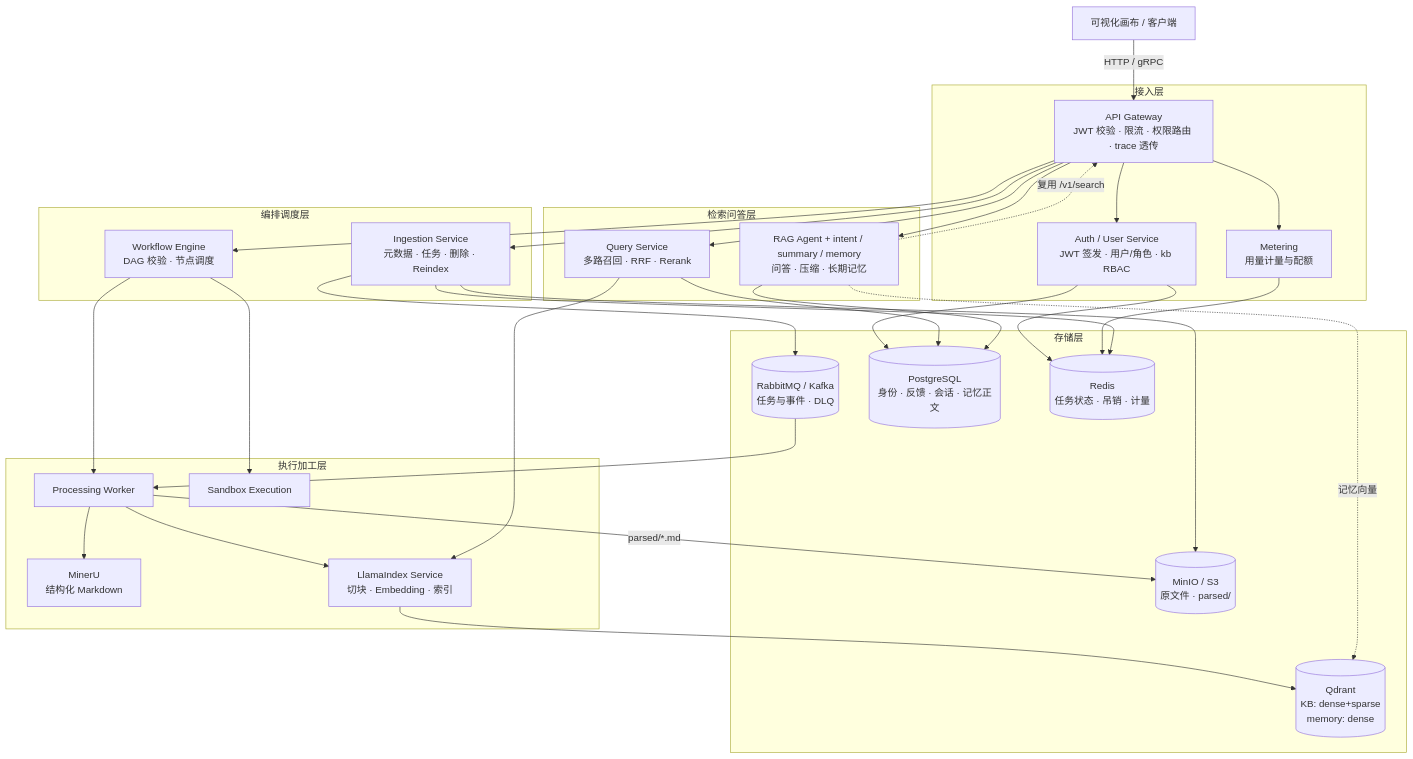
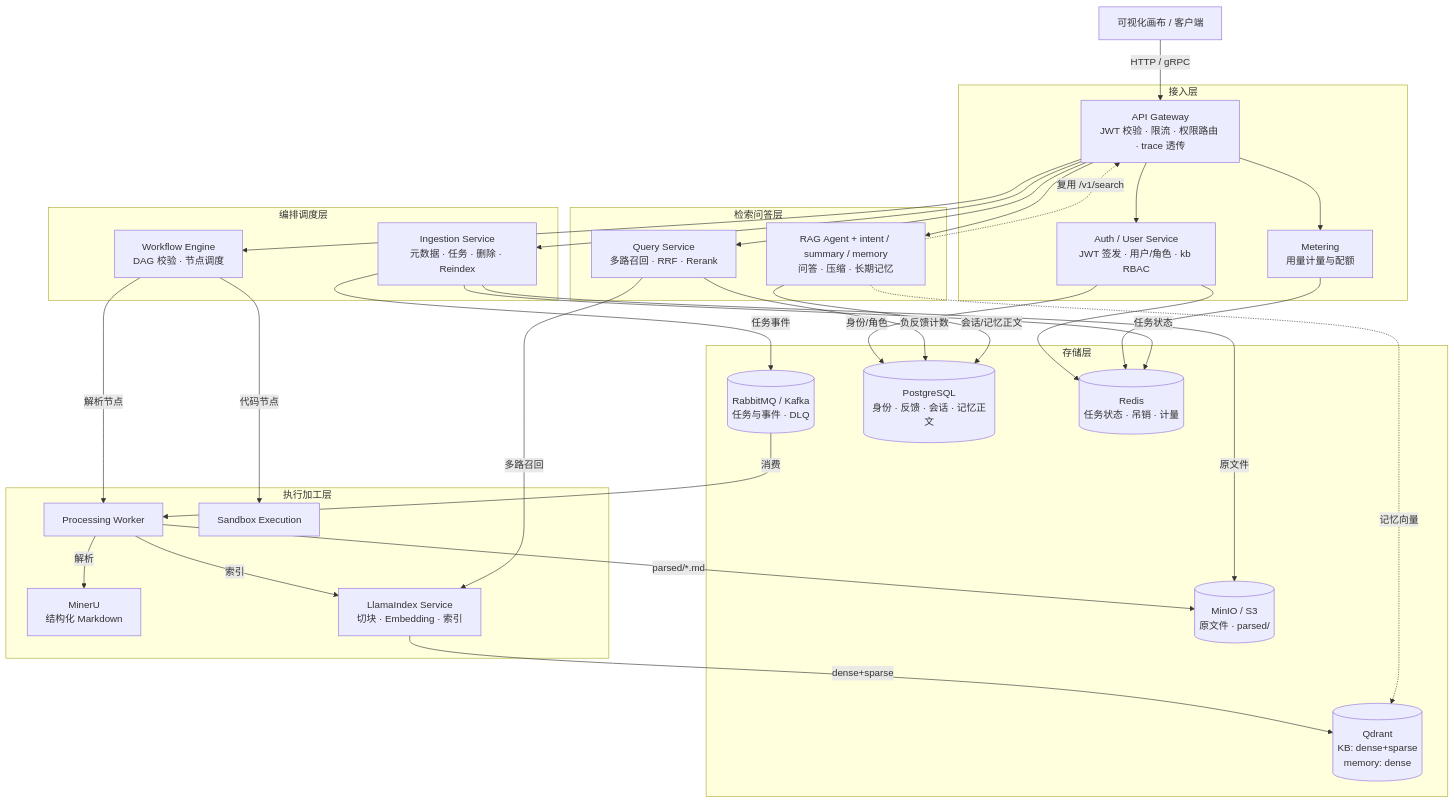
Before and after one commit to miaogan/NexusFlow: the diagram in README.md, drawn with Mermaid. The commit also changed 1 other file, not shown here.

Commit message:
docs: 标注架构图中的召回、反馈、记忆与存储职责

````diff
--- a/README.md
+++ b/README.md
@@ -13,59 +13,59 @@
 ```mermaid
 flowchart TB
     subgraph A[接入层]
         GW[API Gateway<br/>JWT 校验 · 限流 · 权限路由 · trace 透传]
         AUTH[Auth / User Service<br/>JWT 签发 · 用户/角色 · kb RBAC]
         MET[Metering<br/>用量计量与配额]
     end
 
     subgraph B[编排调度层]
         WF[Workflow Engine<br/>DAG 校验 · 节点调度]
         ING[Ingestion Service<br/>元数据 · 任务 · 删除 · Reindex]
     end
 
     subgraph C[执行加工层]
         PRC[Processing Worker]
         MINERU[MinerU<br/>结构化 Markdown]
         LIDX[LlamaIndex Service<br/>切块 · Embedding · 索引]
         SBX[Sandbox Execution]
     end
 
     subgraph D[检索问答层]
         QS[Query Service<br/>多路召回 · RRF · Rerank]
         RAG[RAG Agent + intent / summary / memory<br/>问答 · 压缩 · 长期记忆]
     end
 
     subgraph E[存储层]
         MQ[(RabbitMQ / Kafka<br/>任务与事件 · DLQ)]
         OBJ[(MinIO / S3<br/>原文件 · parsed/)]
         VS[(Qdrant<br/>KB: dense+sparse<br/>memory: dense)]
         PG[(PostgreSQL<br/>身份 · 反馈 · 会话 · 记忆正文)]
         RD[(Redis<br/>任务状态 · 吊销 · 计量)]
     end
 
     UI[可视化画布 / 客户端] -->|HTTP / gRPC| GW
     GW --> AUTH
     GW --> MET
     GW --> WF
     GW --> ING
     GW --> QS
     GW --> RAG
     AUTH --> RD
-    AUTH --> PG
+    AUTH -->|身份/角色| PG
     MET --> RD
-    WF --> PRC
-    WF --> SBX
-    ING --> MQ
-    ING --> OBJ
-    ING --> RD
-    MQ --> PRC
-    PRC --> MINERU
+    WF -->|解析节点| PRC
+    WF -->|代码节点| SBX
+    ING -->|任务事件| MQ
+    ING -->|原文件| OBJ
+    ING -->|任务状态| RD
+    MQ -->|消费| PRC
+    PRC -->|解析| MINERU
     PRC -->|parsed/*.md| OBJ
-    PRC --> LIDX
-    LIDX --> VS
-    QS --> LIDX
-    QS --> PG
+    PRC -->|索引| LIDX
+    LIDX -->|dense+sparse| VS
+    QS -->|多路召回| LIDX
+    QS -->|负反馈计数| PG
     RAG -. 复用 /v1/search .-> GW
-    RAG --> PG
+    RAG -->|会话/记忆正文| PG
     RAG -. 记忆向量 .-> VS
 ```
````
